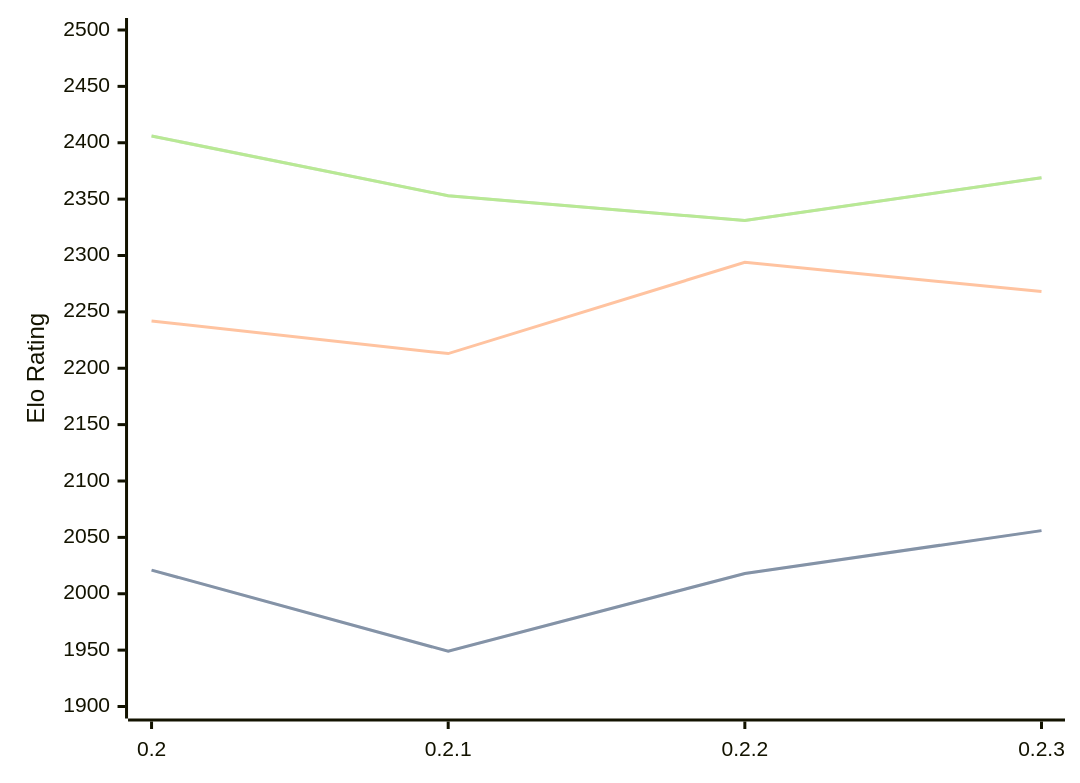
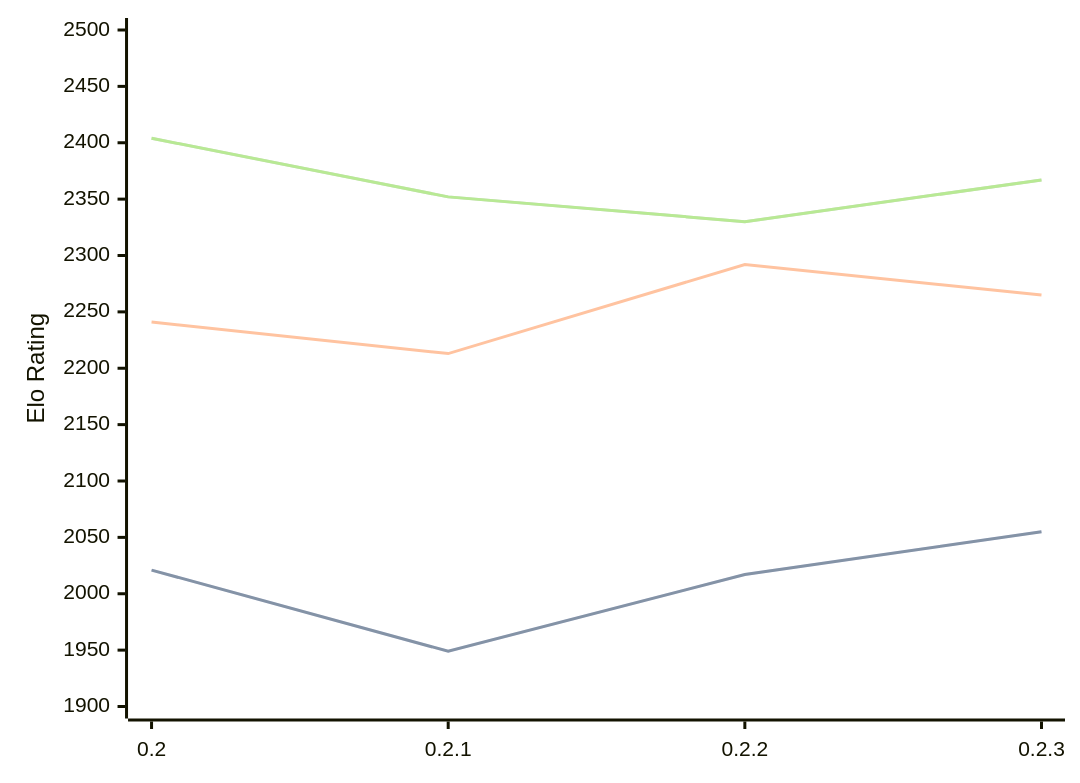
One commit to computer-chess-index/cci changed the diagram in engines/Lolbot.md. Above: the diagram before and after it, drawn with Mermaid. The commit also changed other lines of this file, not shown here.

Commit message:
Update CCI Ratings (ELO VLTC) - 2026-03-23

````diff
--- a/engines/Lolbot.md
+++ b/engines/Lolbot.md
@@ -35,11 +35,11 @@
 ```mermaid
 %%{init: {"theme":"base","themeVariables":{"seriesColors:['#a3a3a3','#222221','#faa371']}}}%%
 xychart-beta
   x-axis ["0.2", "0.2.1", "0.2.2", "0.2.3"]
   y-axis "Elo Rating" 1900 --> 2500
-  line "STC (8.0+0.08s)" [2021, 1949, 2018, 2056]
-  line "STC (8.0+0.08s)" [2021, 1949, 2018, 2056]
-  line "LTC (60.0+0.60s)" [2242, 2213, 2294, 2268]
-  line "VLTC (2m24s+1.12s)" [2406, 2353, 2331, 2369]
-  line "VLTC (2m24s+1.12s)" [2406, 2353, 2331, 2369]
+  line "STC (8.0+0.08s)" [2021, 1949, 2017, 2055]
+  line "STC (8.0+0.08s)" [2021, 1949, 2017, 2055]
+  line "LTC (60.0+0.60s)" [2241, 2213, 2292, 2265]
+  line "VLTC (2m24s+1.12s)" [2404, 2352, 2330, 2367]
+  line "VLTC (2m24s+1.12s)" [2404, 2352, 2330, 2367]
 ```
````
